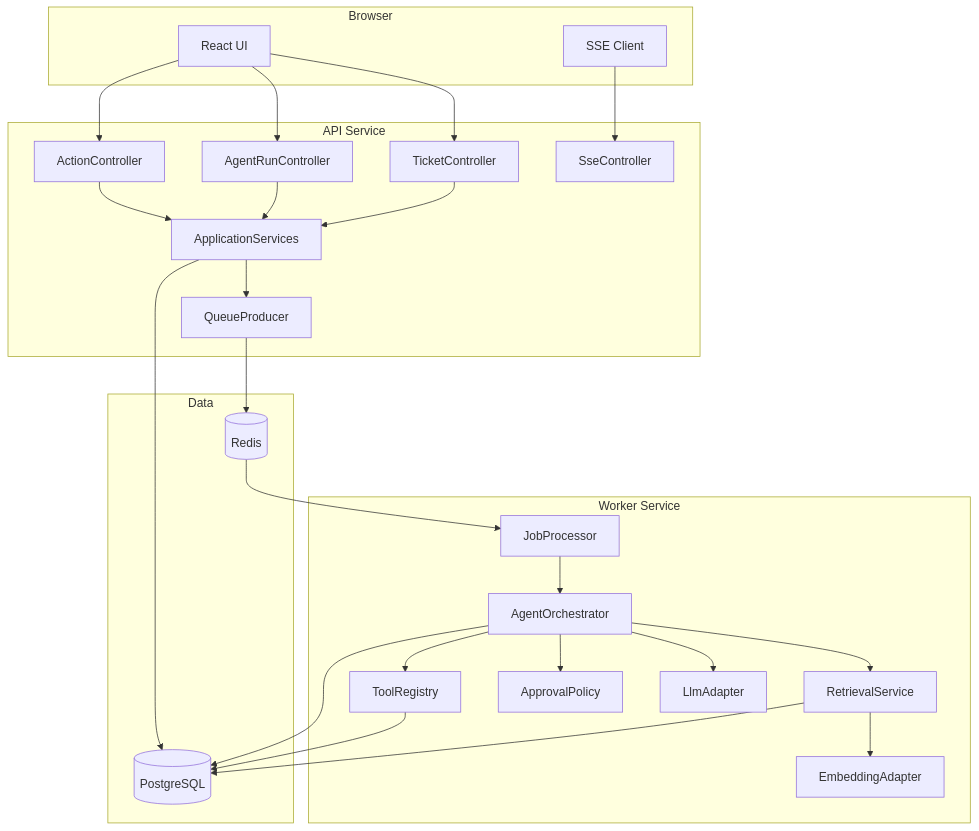
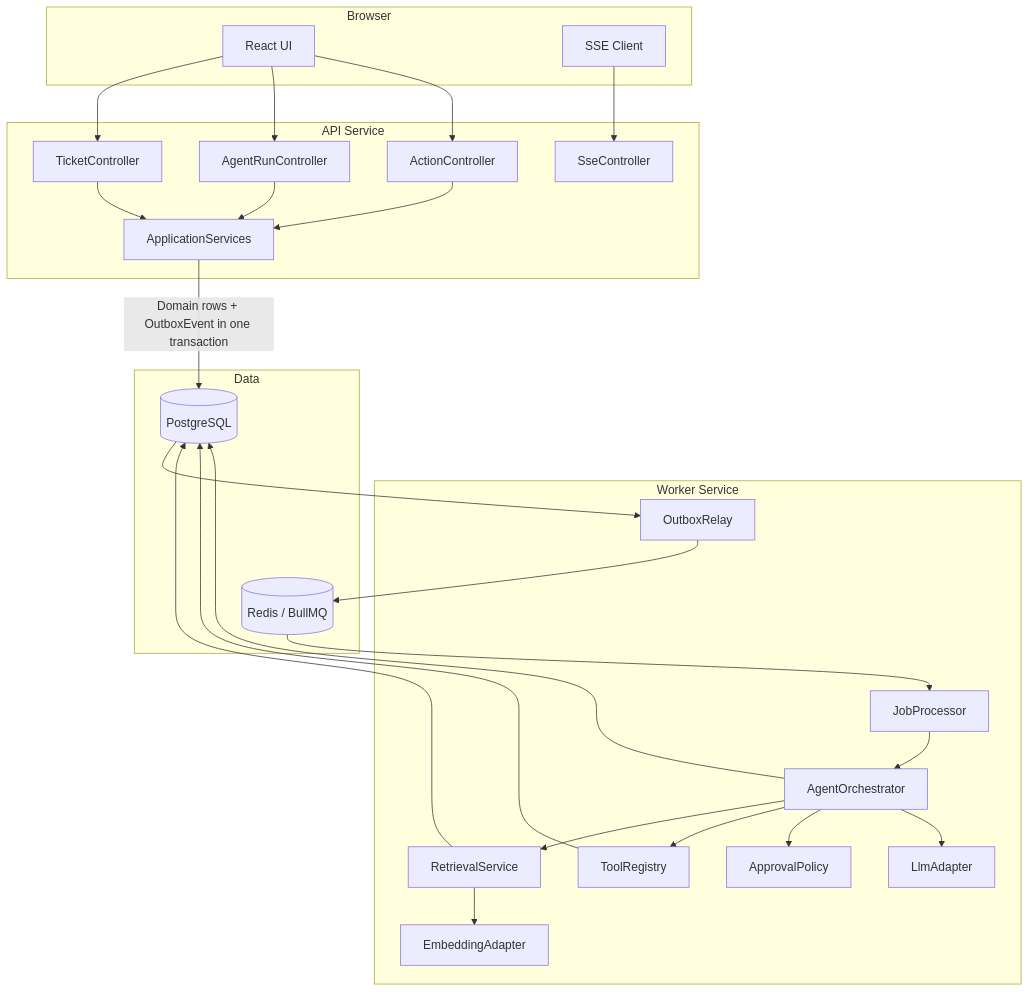
One commit to wye-ts/opspilot changed the second of 9 diagrams in docs/03-technical-design.md. Above: the diagram before and after it, drawn with Mermaid. The commit also changed other lines of this file, not shown here.

Commit message:
Add transactional outbox design

````diff
--- a/docs/03-technical-design.md
+++ b/docs/03-technical-design.md
@@ -173,54 +190,54 @@
 ```mermaid
 flowchart TB
     subgraph Browser
         UI[React UI]
         EventSource[SSE Client]
     end
 
     subgraph APIService[API Service]
         TicketController
         AgentRunController
         ActionController
         SseController
-        QueueProducer
         ApplicationServices
     end
 
     subgraph WorkerService[Worker Service]
+        OutboxRelay
         JobProcessor
         AgentOrchestrator
         RetrievalService
         ToolRegistry
         ApprovalPolicy
         LlmAdapter
         EmbeddingAdapter
     end
 
     subgraph Data
         Postgres[(PostgreSQL)]
-        Redis[(Redis)]
+        Redis[(Redis / BullMQ)]
     end
 
     UI --> TicketController
     UI --> AgentRunController
     UI --> ActionController
     EventSource --> SseController
 
     TicketController --> ApplicationServices
     AgentRunController --> ApplicationServices
     ActionController --> ApplicationServices
-    ApplicationServices --> Postgres
-    ApplicationServices --> QueueProducer
-    QueueProducer --> Redis
+    ApplicationServices -->|Domain rows + OutboxEvent in one transaction| Postgres
 
+    Postgres --> OutboxRelay
+    OutboxRelay --> Redis
     Redis --> JobProcessor
     JobProcessor --> AgentOrchestrator
     AgentOrchestrator --> RetrievalService
     AgentOrchestrator --> ToolRegistry
     AgentOrchestrator --> ApprovalPolicy
     AgentOrchestrator --> LlmAdapter
     RetrievalService --> EmbeddingAdapter
     RetrievalService --> Postgres
     ToolRegistry --> Postgres
     AgentOrchestrator --> Postgres
 ```
````
